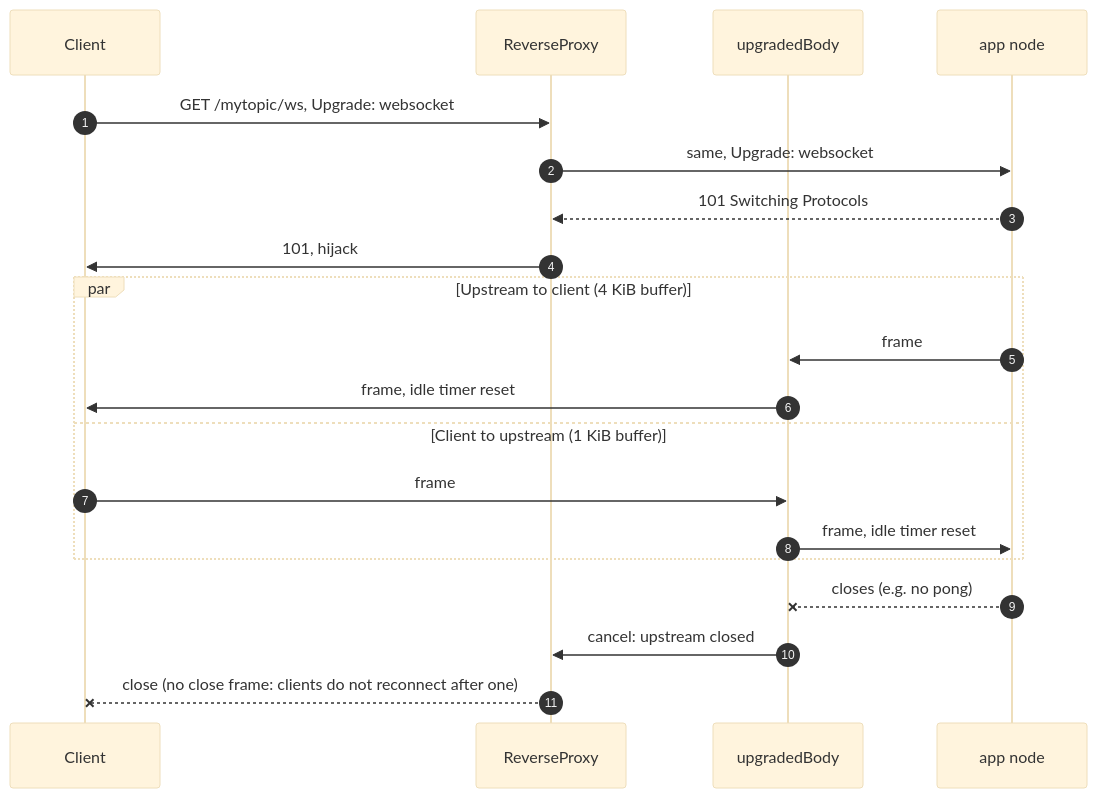
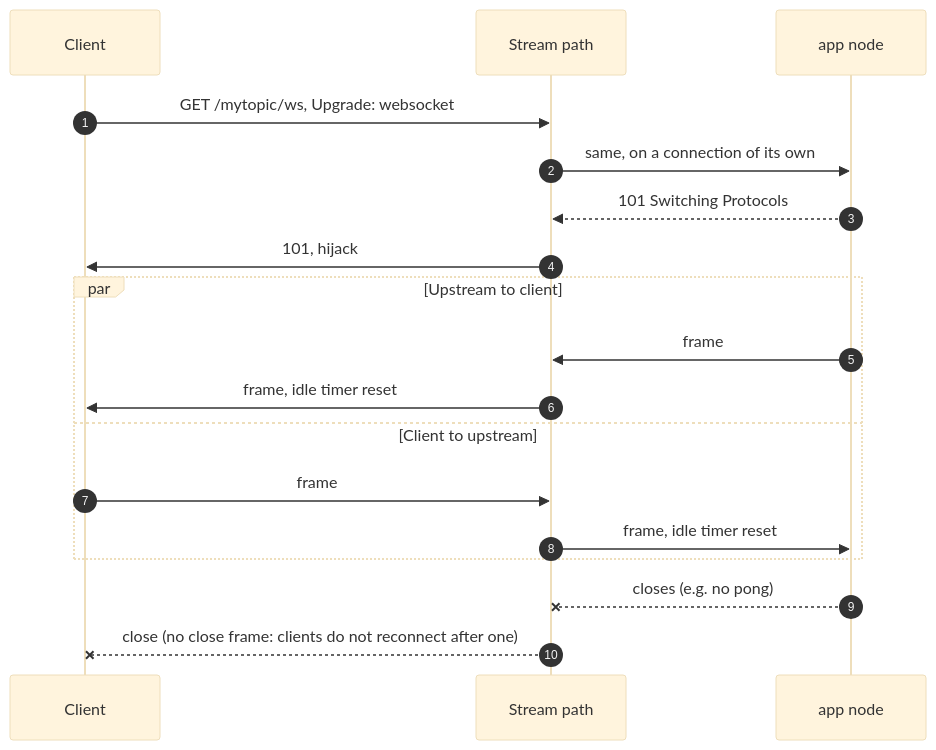
Before and after one commit to binwiederhier/ntlb: the seventh of 16 diagrams in docs/architecture.md, drawn with Mermaid (base theme). The commit also changed other lines of this file and 11 other files, not shown here.

Commit message:
Drop the reverse proxy's upgrade path (upgrades that cannot switch go as plain requests), and speed up the tests

````diff
--- a/docs/architecture.md
+++ b/docs/architecture.md
@@ -255,22 +258,20 @@
 ```mermaid
 sequenceDiagram
     autonumber
     participant C as Client
-    participant P as ReverseProxy
-    participant W as upgradedBody
+    participant S as Stream path
     participant U as app node
-    C->>P: GET /mytopic/ws, Upgrade: websocket
-    P->>U: same, Upgrade: websocket
-    U-->>P: 101 Switching Protocols
-    P->>C: 101, hijack
-    par Upstream to client (4 KiB buffer)
-        U->>W: frame
-        W->>C: frame, idle timer reset
-    and Client to upstream (1 KiB buffer)
-        C->>W: frame
-        W->>U: frame, idle timer reset
+    C->>S: GET /mytopic/ws, Upgrade: websocket
+    S->>U: same, on a connection of its own
+    U-->>S: 101 Switching Protocols
+    S->>C: 101, hijack
+    par Upstream to client
+        U->>S: frame
+        S->>C: frame, idle timer reset
+    and Client to upstream
+        C->>S: frame
+        S->>U: frame, idle timer reset
     end
-    U--xW: closes (e.g. no pong)
-    W->>P: cancel: upstream closed
-    P--xC: close (no close frame: clients do not reconnect after one)
+    U--xS: closes (e.g. no pong)
+    S--xC: close (no close frame: clients do not reconnect after one)
 ```
````
